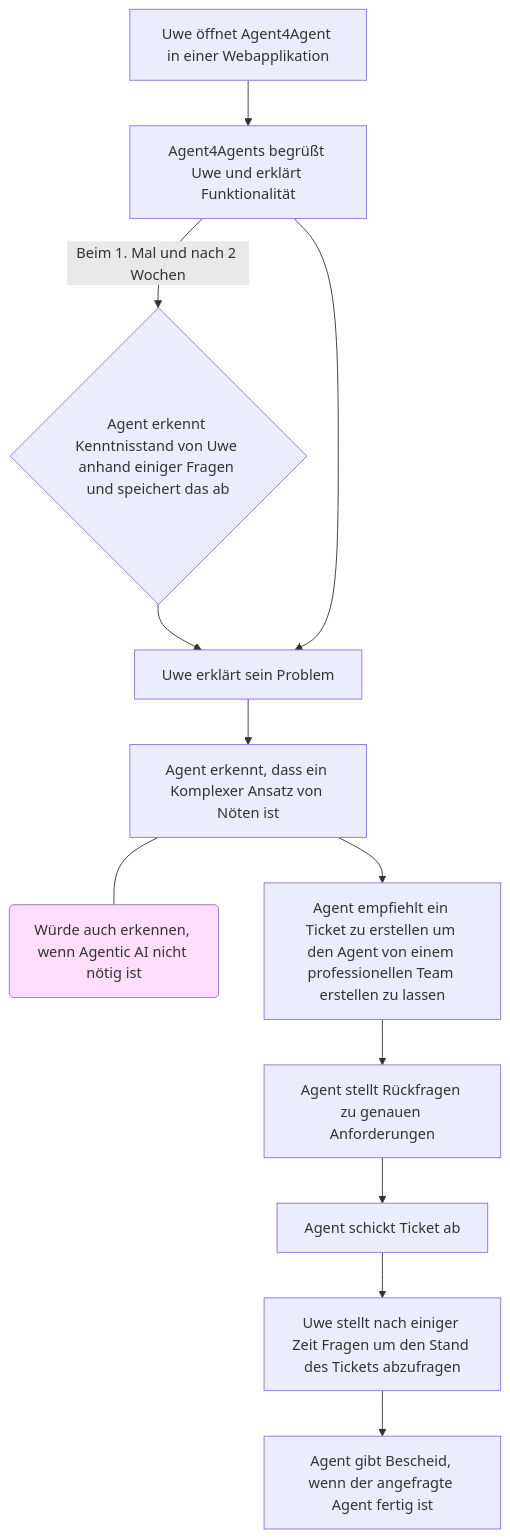
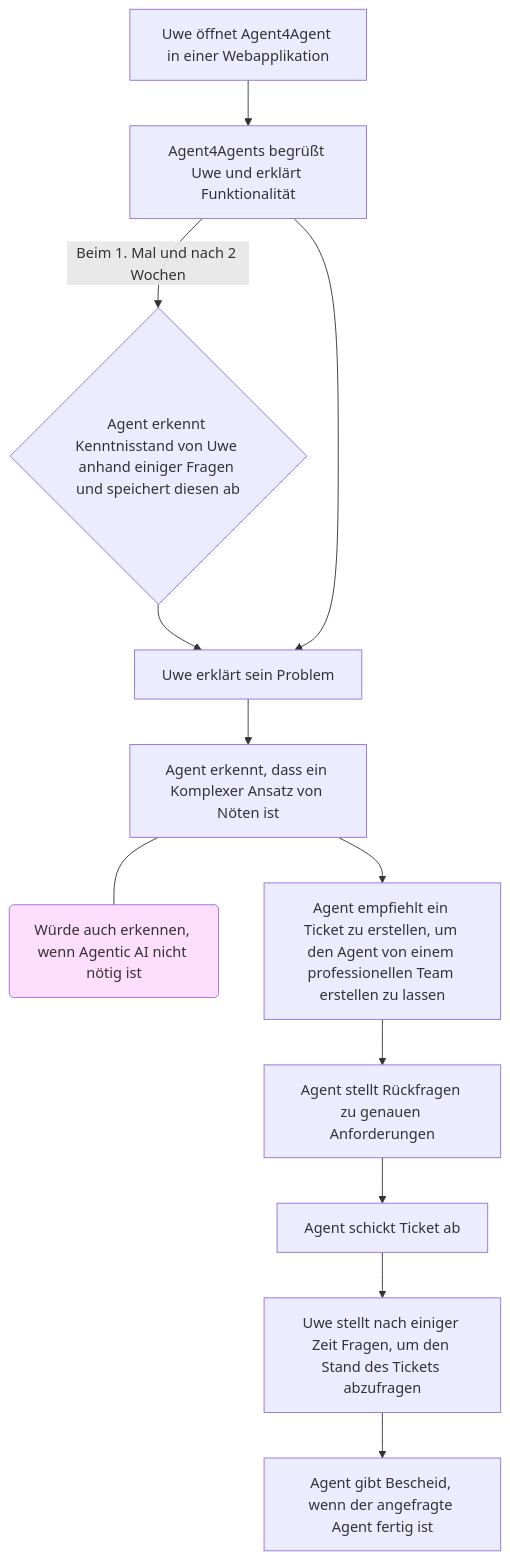
Before and after one commit to agentic-ai-ws2526-group-c/agent4agents-documentation: the second of 4 diagrams in Ideation/User Personas and UseCases.md, drawn with Mermaid. The commit also changed other lines of this file, not shown here.

Commit message:
Fix typos in User Personas and Use Cases document pt.2

````diff
--- a/Ideation/User Personas and UseCases.md
+++ b/Ideation/User Personas and UseCases.md
@@ -44,15 +44,15 @@
 ```mermaid
 graph TD
     A[Uwe öffnet Agent4Agent in einer Webapplikation] --> B[Agent4Agents begrüßt Uwe und erklärt Funktionalität];
-    B -- ""Beim 1. Mal und nach 2 Wochen"" --> C{Agent erkennt Kenntnisstand von Uwe anhand einiger Fragen und speichert das ab};
+    B -- ""Beim 1. Mal und nach 2 Wochen"" --> C{Agent erkennt Kenntnisstand von Uwe anhand einiger Fragen und speichert diesen ab};
     C --> D[Uwe erklärt sein Problem];
     B --> D;
     D --> E[Agent erkennt, dass ein Komplexer Ansatz von Nöten ist];
     E --- F(Würde auch erkennen, wenn Agentic AI nicht nötig ist);
-    E --> G[Agent empfiehlt ein Ticket zu erstellen um den Agent von einem professionellen Team erstellen zu lassen];
+    E --> G[Agent empfiehlt ein Ticket zu erstellen, um den Agent von einem professionellen Team erstellen zu lassen];
     G --> H[Agent stellt Rückfragen zu genauen Anforderungen];
     H --> I[Agent schickt Ticket ab];
-    I --> J[Uwe stellt nach einiger Zeit Fragen um den Stand des Tickets abzufragen];
+    I --> J[Uwe stellt nach einiger Zeit Fragen, um den Stand des Tickets abzufragen];
     J --> K[Agent gibt Bescheid, wenn der angefragte Agent fertig ist];
     style F fill:#FFDDFD
 ```
````
